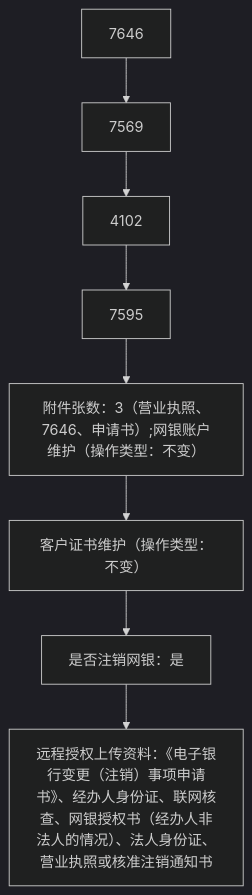
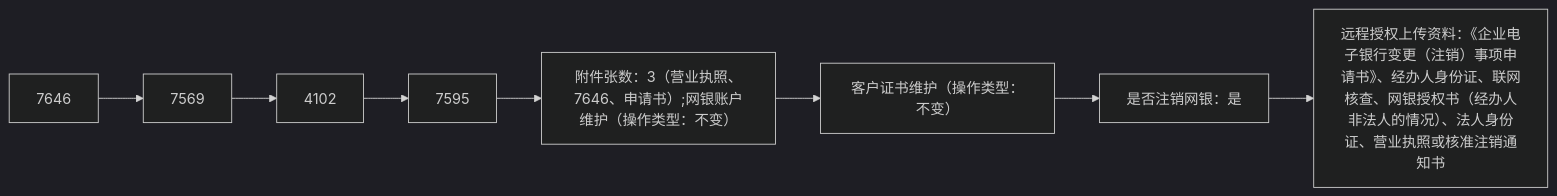
Before and after one commit to 4triumph/blog: the sixth of 15 diagrams in docs/src/Notes/Finance/1100/对公.md, drawn with Mermaid (dark theme). The commit also changed other lines of this file, not shown here.

````diff
--- a/docs/src/Notes/Finance/1100/对公.md
+++ b/docs/src/Notes/Finance/1100/对公.md
@@ -339,13 +337,13 @@
 ```mermaid
-graph TD
+graph LR
     A["7646"]
     B["7569"]
     C["4102"]
     D["7595"]
     E["附件张数：3（营业执照、7646、申请书）;网银账户维护（操作类型：不变）"]
     F["客户证书维护（操作类型：不变）"]
     G["是否注销网银：是"]
-    H["远程授权上传资料：《电子银行变更（注销）事项申请书》、经办人身份证、联网核查、网银授权书（经办人非法人的情况）、法人身份证、营业执照或核准注销通知书"]
+    H["远程授权上传资料：《企业电子银行变更（注销）事项申请书》、经办人身份证、联网核查、网银授权书（经办人非法人的情况）、法人身份证、营业执照或核准注销通知书"]
 
     A --> B --> C --> D --> E --> F --> G --> H
 ```
````
